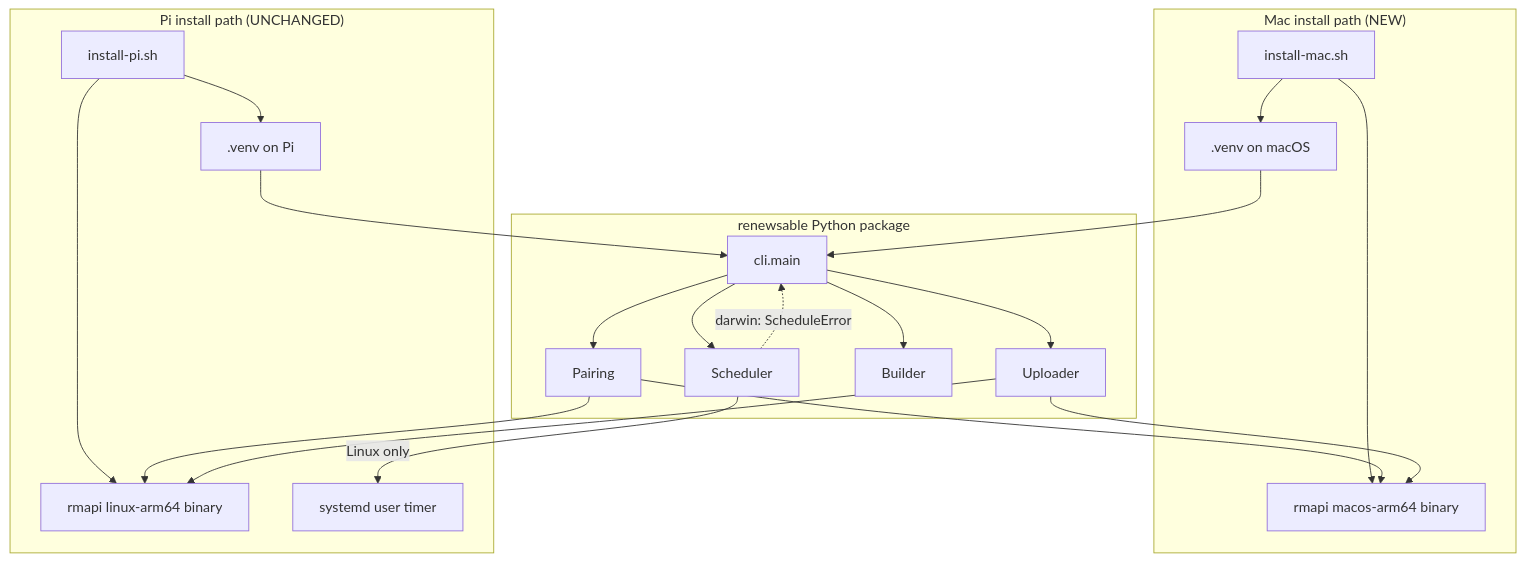
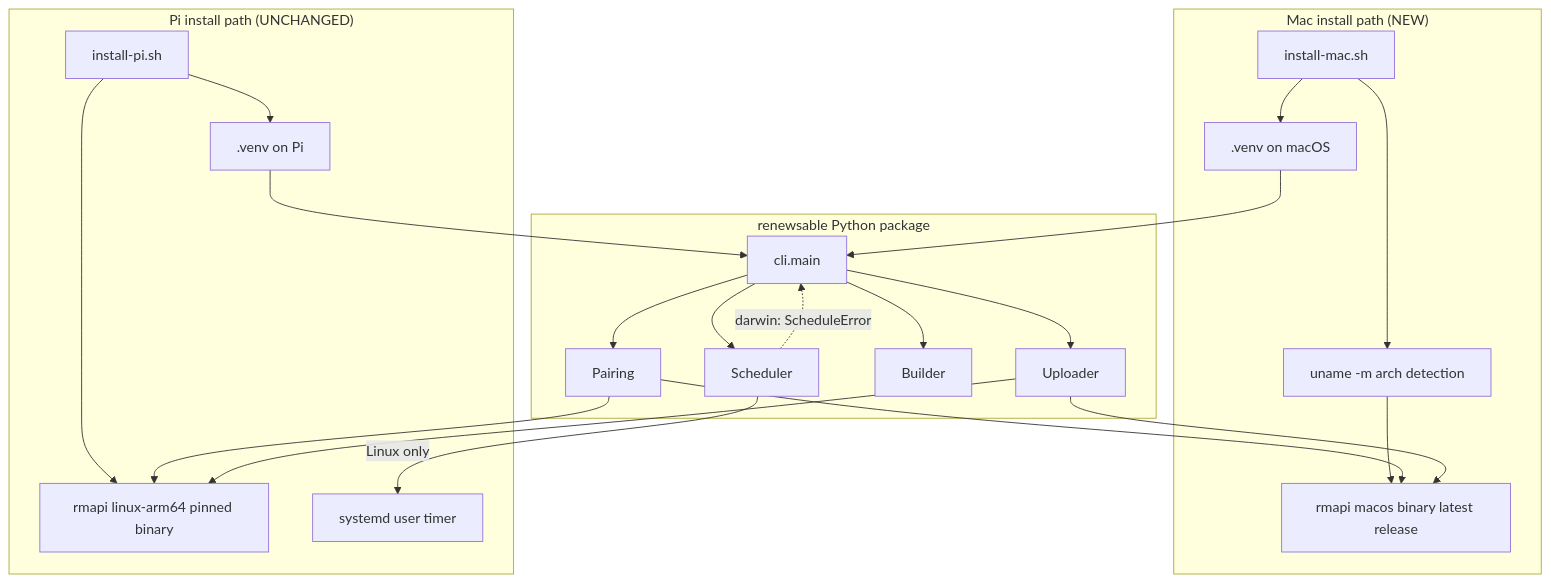
The diagram in .kiro/specs/mac-manual-mode/design.md (kbence/renewsable), drawn with Mermaid before and after one commit. The commit also changed other lines of this file and 4 other files, not shown here.

````diff
--- a/.kiro/specs/mac-manual-mode/design.md
+++ b/.kiro/specs/mac-manual-mode/design.md
@@ -72,40 +76,42 @@
 ```mermaid
 graph TB
     subgraph Mac["Mac install path (NEW)"]
         InstallMac[install-mac.sh]
+        UnameDetect[uname -m arch detection]
         MacVenv[.venv on macOS]
-        MacRmapi[rmapi macos-arm64 binary]
+        MacRmapi[rmapi macos binary latest release]
     end
 
     subgraph Pi["Pi install path (UNCHANGED)"]
         InstallPi[install-pi.sh]
         PiVenv[.venv on Pi]
-        PiRmapi[rmapi linux-arm64 binary]
+        PiRmapi[rmapi linux-arm64 pinned binary]
         SystemdTimer[systemd user timer]
     end
 
     subgraph Renewsable["renewsable Python package"]
         CLI[cli.main]
         Sched[Scheduler]
         Pair[Pairing]
         Build[Builder]
         Up[Uploader]
     end
 
+    InstallMac --> UnameDetect
+    UnameDetect --> MacRmapi
     InstallMac --> MacVenv
-    InstallMac --> MacRmapi
     InstallPi --> PiVenv
     InstallPi --> PiRmapi
     PiVenv --> CLI
     MacVenv --> CLI
     CLI --> Sched
     CLI --> Pair
     CLI --> Build
     CLI --> Up
     Sched -- "Linux only" --> SystemdTimer
     Sched -. "darwin: ScheduleError" .-> CLI
     Pair --> MacRmapi
     Pair --> PiRmapi
     Up --> MacRmapi
     Up --> PiRmapi
 ```
````
